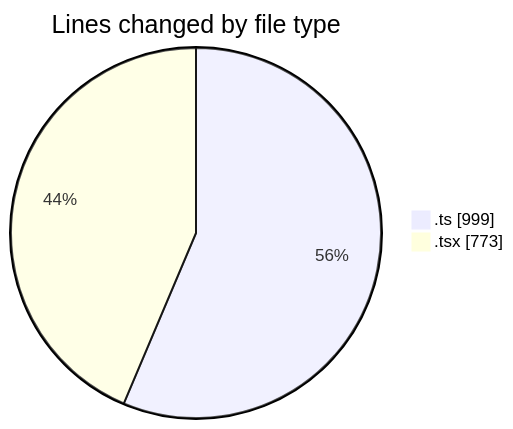
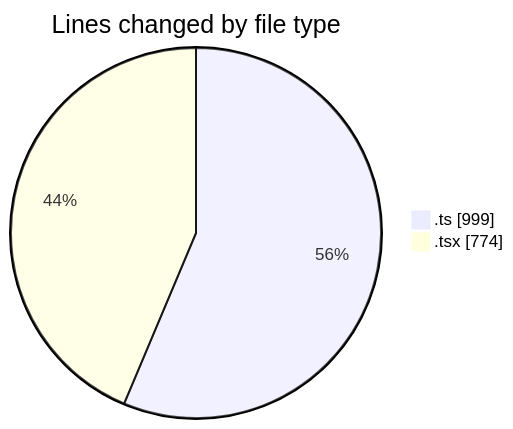
One commit to nxtqubesakshisongat/code-tracking changed the first of 2 diagrams in 2026-05-07/nxtqube_webapp/README.md. Above: the diagram before and after it, drawn with Mermaid. The commit also changed other lines of this file and 1 other file, not shown here.

````diff
--- a/2026-05-07/nxtqube_webapp/README.md
+++ b/2026-05-07/nxtqube_webapp/README.md
@@ -26,6 +26,6 @@
 ```mermaid
 pie showData
 title Lines changed by file type
 ".ts" : 999
-".tsx" : 773
+".tsx" : 774
 ```
````
